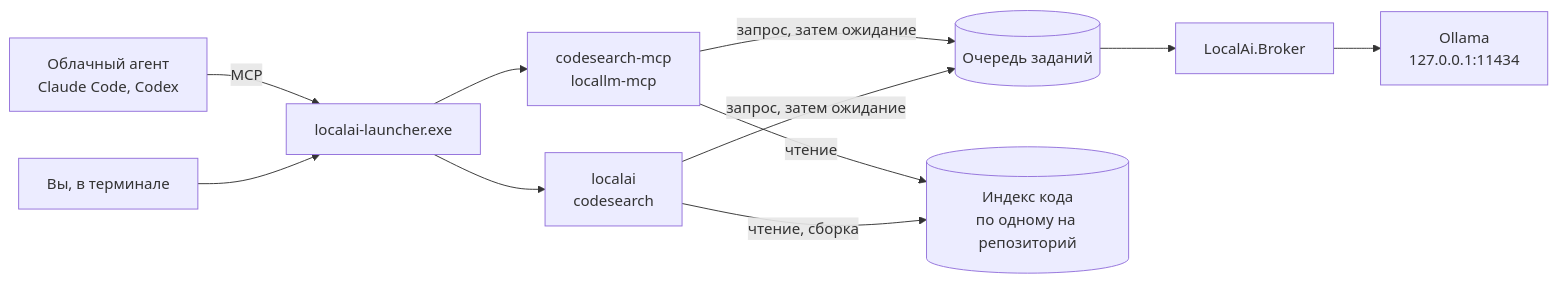
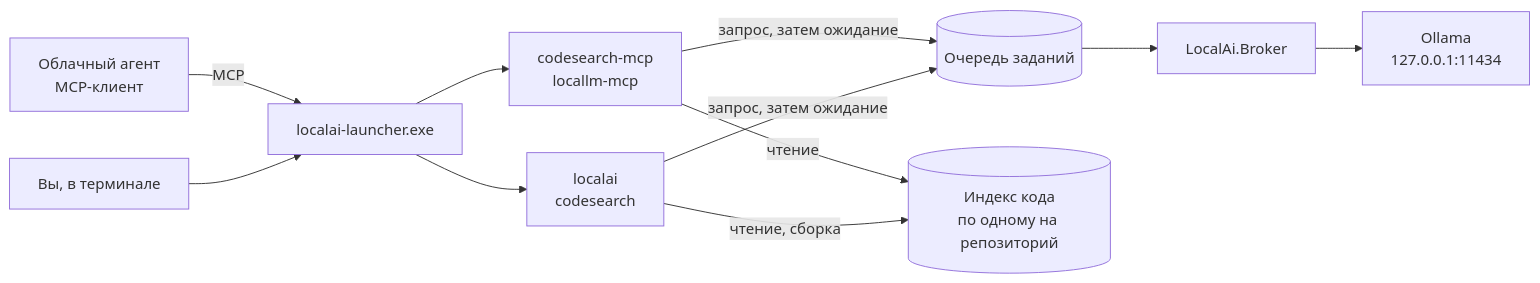
The first of 4 diagrams in docs/how-it-works.ru.md (MrAliev/local-ai-toolkit), drawn with Mermaid before and after one commit. The commit also changed other lines of this file and 19 other files, not shown here.

````diff
--- a/docs/how-it-works.ru.md
+++ b/docs/how-it-works.ru.md
@@ -21,23 +21,23 @@
 ```mermaid
 flowchart LR
-    agent["Облачный агент<br/>Claude Code, Codex"]
+    agent["Облачный агент<br/>MCP-клиент"]
     you["Вы, в терминале"]
     launcher["localai-launcher.exe"]
     mcp["codesearch-mcp<br/>locallm-mcp"]
     cli["localai<br/>codesearch"]
     queue[("Очередь заданий")]
     broker["LocalAi.Broker"]
     ollama["Ollama<br/>127.0.0.1:11434"]
     index[("Индекс кода<br/>по одному на репозиторий")]
 
     agent -->|MCP| launcher
     you --> launcher
     launcher --> mcp
     launcher --> cli
     mcp -->|"запрос, затем ожидание"| queue
     cli -->|"запрос, затем ожидание"| queue
     queue --> broker
     broker --> ollama
     mcp -->|чтение| index
     cli -->|"чтение, сборка"| index
 ```
````
